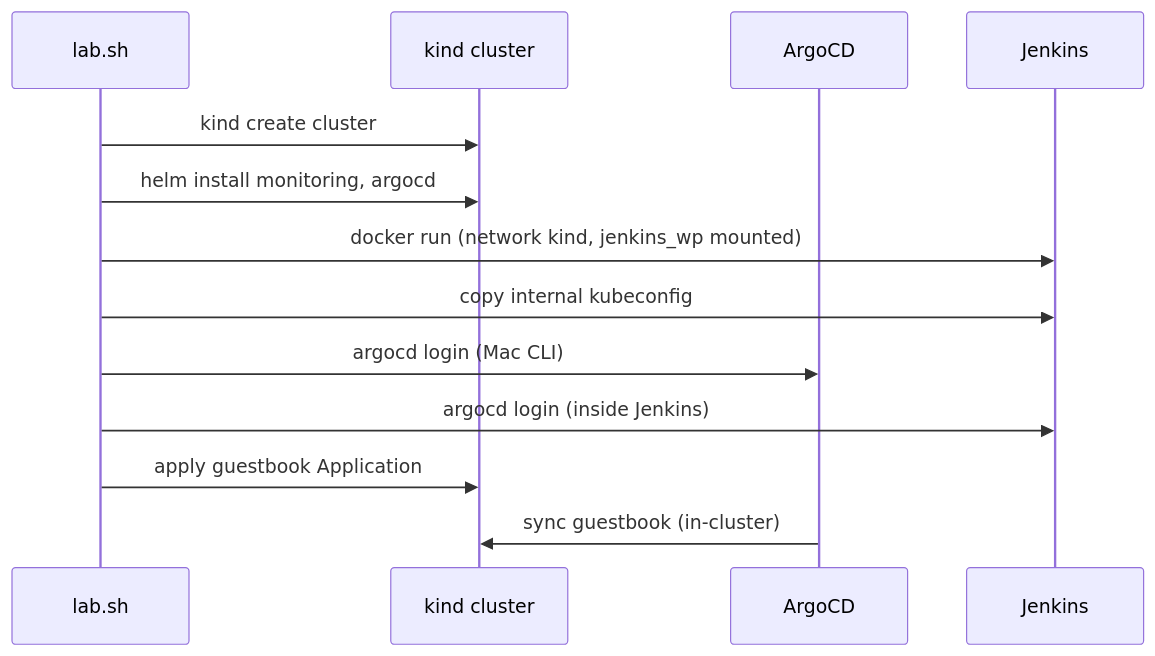
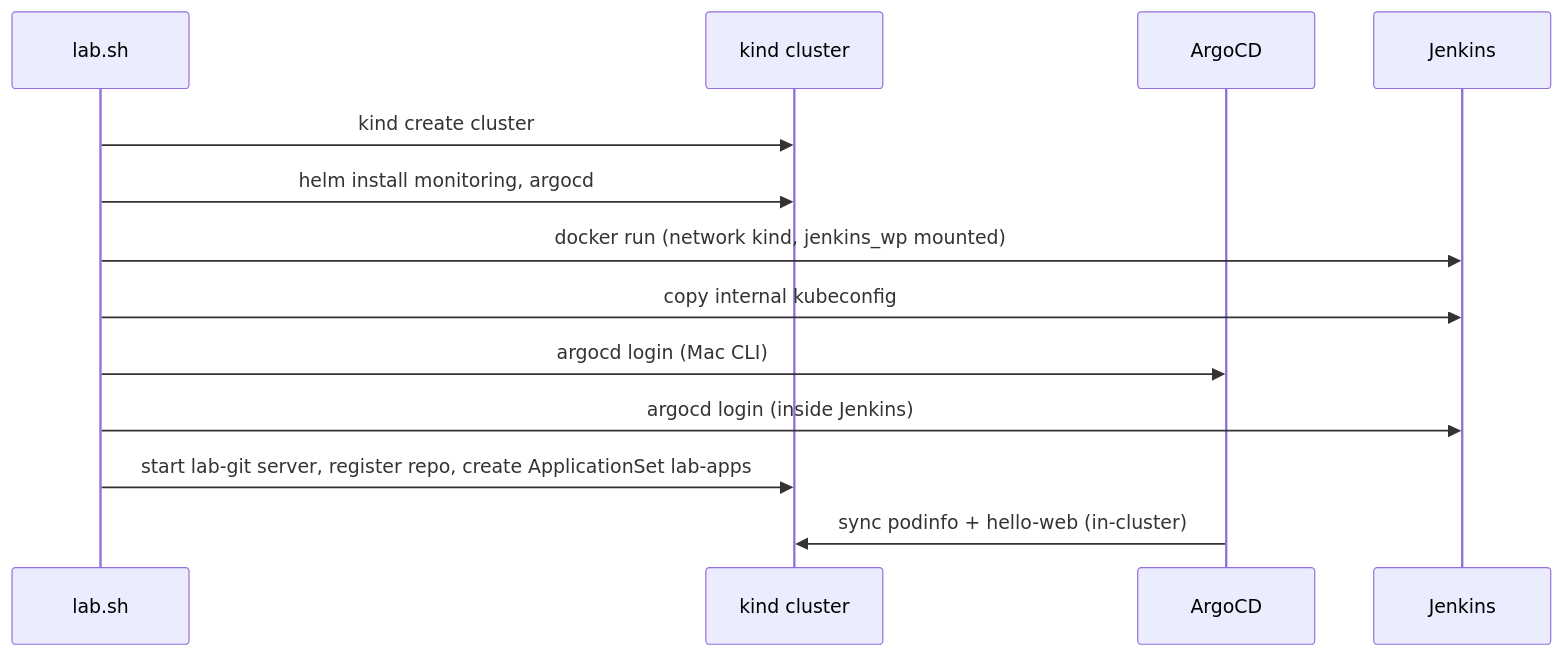
The diagram in docs/ARCHITECTURE.md (gtamilvanan17/devops-lab), drawn with Mermaid before and after one commit. The commit also changed other lines of this file and 19 other files, not shown here.

````diff
--- a/docs/ARCHITECTURE.md
+++ b/docs/ARCHITECTURE.md
@@ -43,15 +43,15 @@
 ```mermaid
 sequenceDiagram
   participant Lab as lab.sh
   participant K as kind cluster
   participant A as ArgoCD
   participant J as Jenkins
   Lab->>K: kind create cluster
   Lab->>K: helm install monitoring, argocd
   Lab->>J: docker run (network kind, jenkins_wp mounted)
   Lab->>J: copy internal kubeconfig
   Lab->>A: argocd login (Mac CLI)
   Lab->>J: argocd login (inside Jenkins)
-  Lab->>K: apply guestbook Application
-  A->>K: sync guestbook (in-cluster)
+  Lab->>K: start lab-git server, register repo, create ApplicationSet lab-apps
+  A->>K: sync podinfo + hello-web (in-cluster)
 ```
````
